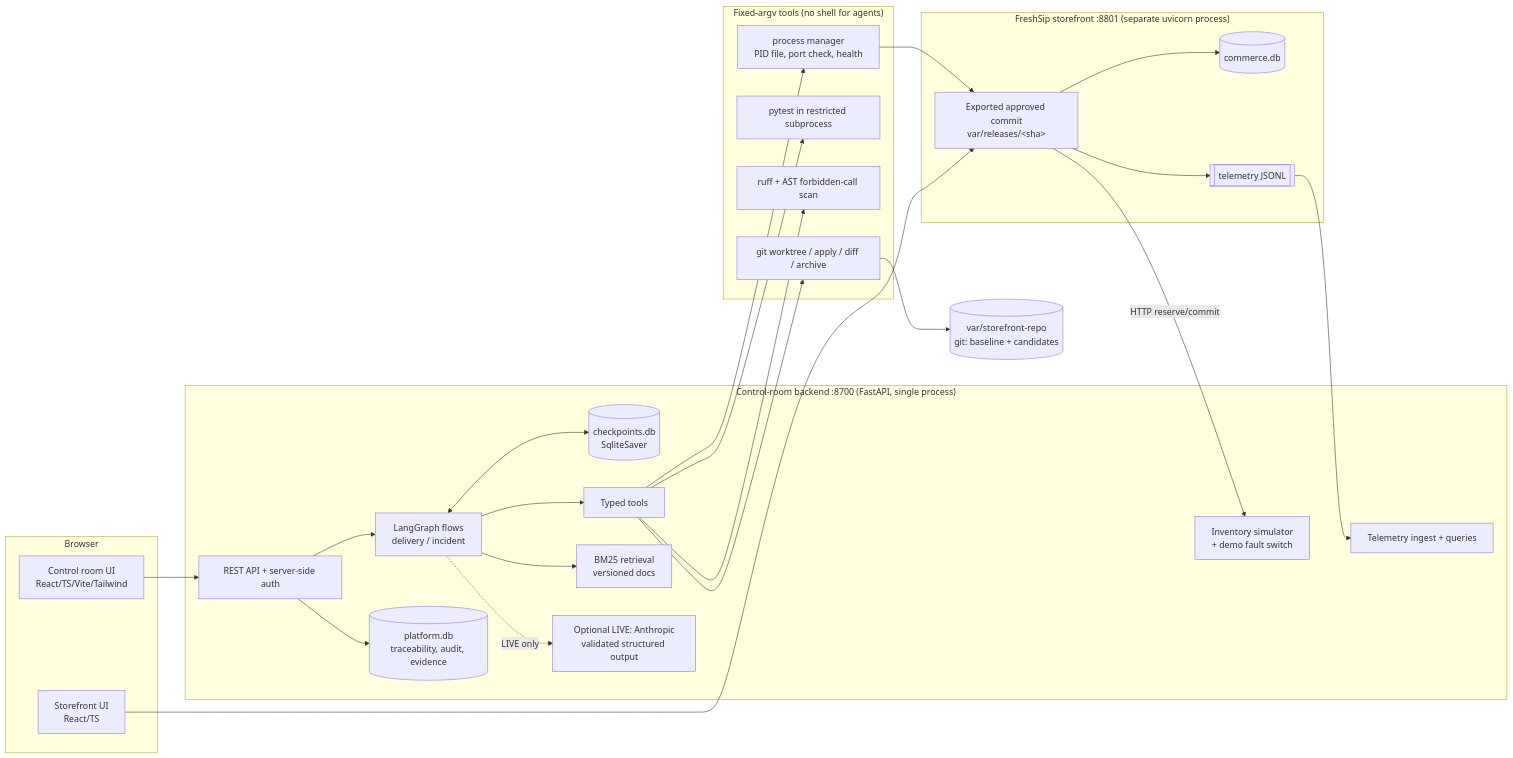
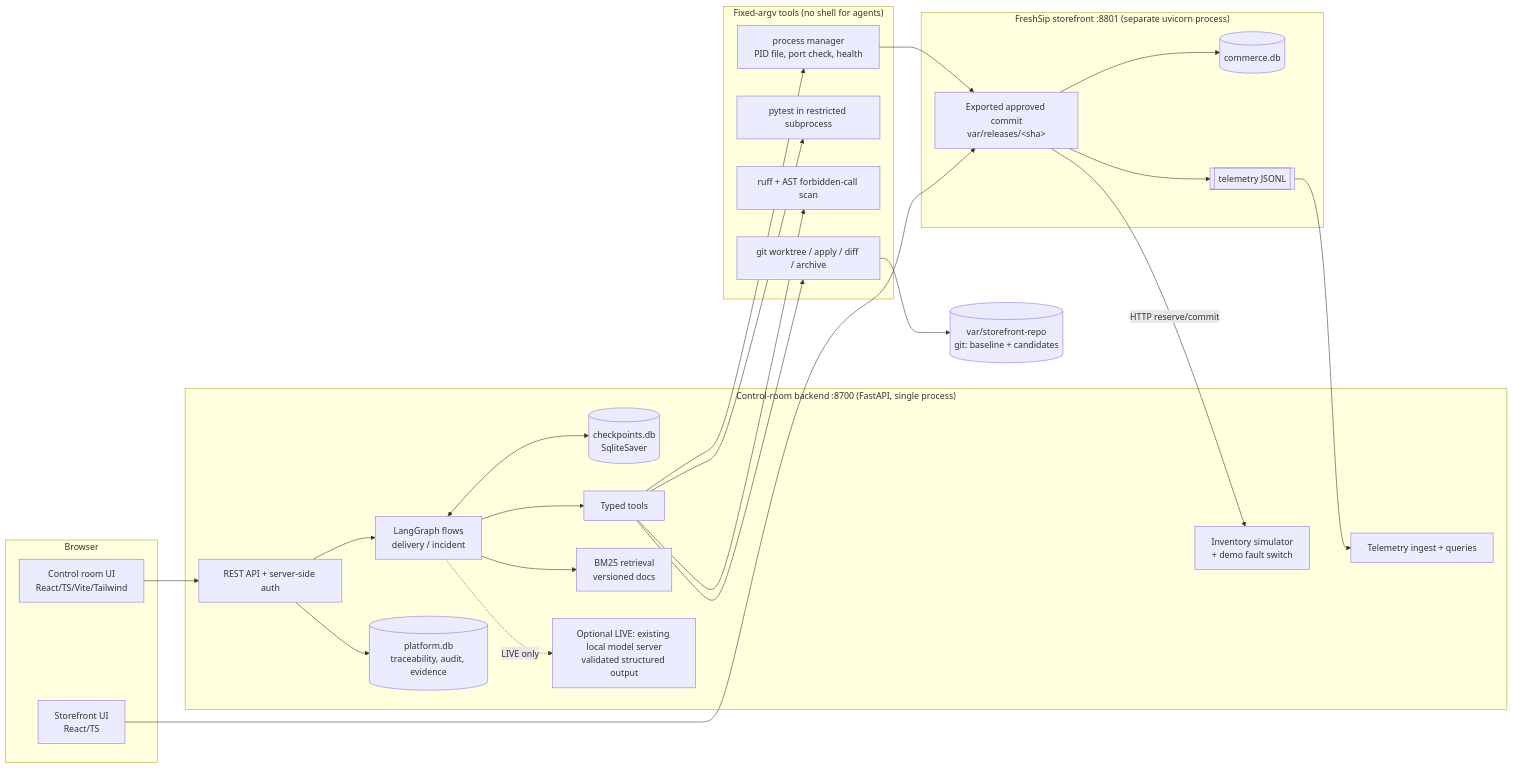
One commit to florina787/Data-sets changed the second of 4 diagrams in foodcare-copilot/docs/ARCHITECTURE.md. Above: the diagram before and after it, drawn with Mermaid. The commit also changed other lines of this file and 56 other files, not shown here.

First line of the commit message:
Add persistent SQLite memory and a local-model adapter

````diff
--- a/foodcare-copilot/docs/ARCHITECTURE.md
+++ b/foodcare-copilot/docs/ARCHITECTURE.md
@@ -34,45 +34,45 @@
 ```mermaid
 flowchart LR
   subgraph Browser
     CR[Control room UI<br/>React/TS/Vite/Tailwind]
     SFUI[Storefront UI<br/>React/TS]
   end
   subgraph Platform["Control-room backend :8700 (FastAPI, single process)"]
     API[REST API + server-side auth]
     G[LangGraph flows<br/>delivery / incident]
     CK[(checkpoints.db<br/>SqliteSaver)]
     DB[(platform.db<br/>traceability, audit, evidence)]
     T[Typed tools]
     SIM[Inventory simulator<br/>+ demo fault switch]
     TEL[Telemetry ingest + queries]
     RET[BM25 retrieval<br/>versioned docs]
-    LLM[Optional LIVE: Anthropic<br/>validated structured output]
+    LLM[Optional LIVE: existing local model server<br/>validated structured output]
   end
   subgraph Tools["Fixed-argv tools (no shell for agents)"]
     GIT[git worktree / apply / diff / archive]
     PY[pytest in restricted subprocess]
     RUFF[ruff + AST forbidden-call scan]
     PM[process manager<br/>PID file, port check, health]
   end
   subgraph Storefront["FreshSip storefront :8801 (separate uvicorn process)"]
     SF[Exported approved commit<br/>var/releases/&lt;sha&gt;]
     CDB[(commerce.db)]
     JSONL[[telemetry JSONL]]
   end
   REPO[(var/storefront-repo<br/>git: baseline + candidates)]
 
   CR --> API
   API --> G --> T
   G <--> CK
   API --> DB
   T --> GIT --> REPO
   T --> PY
   T --> RUFF
   T --> PM --> SF
   SFUI --> SF
   SF --> CDB
   SF -->|HTTP reserve/commit| SIM
   SF --> JSONL --> TEL
   G --> RET
   G -.LIVE only.-> LLM
 ```
````
